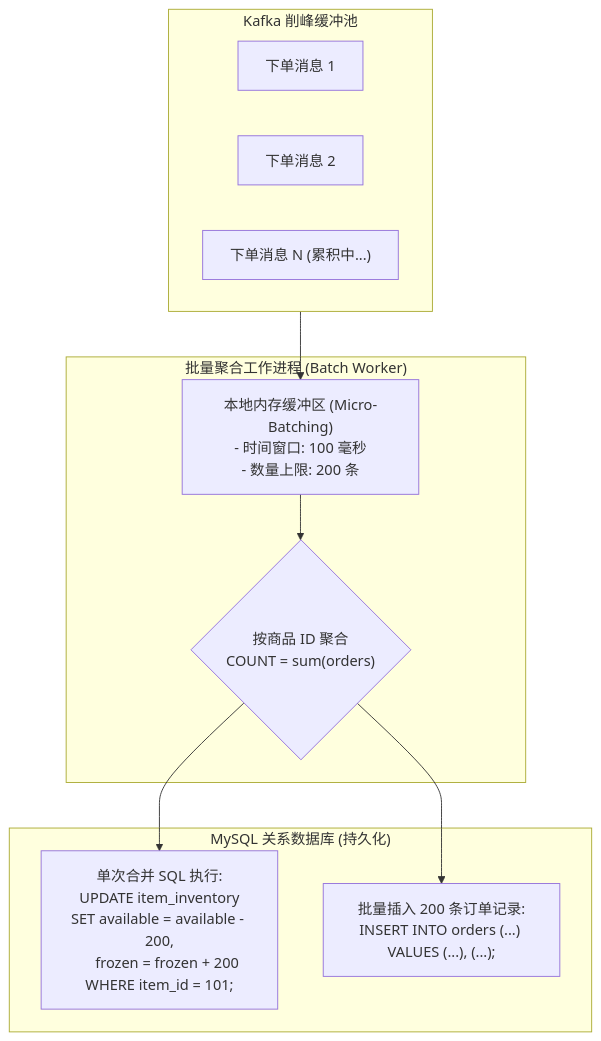
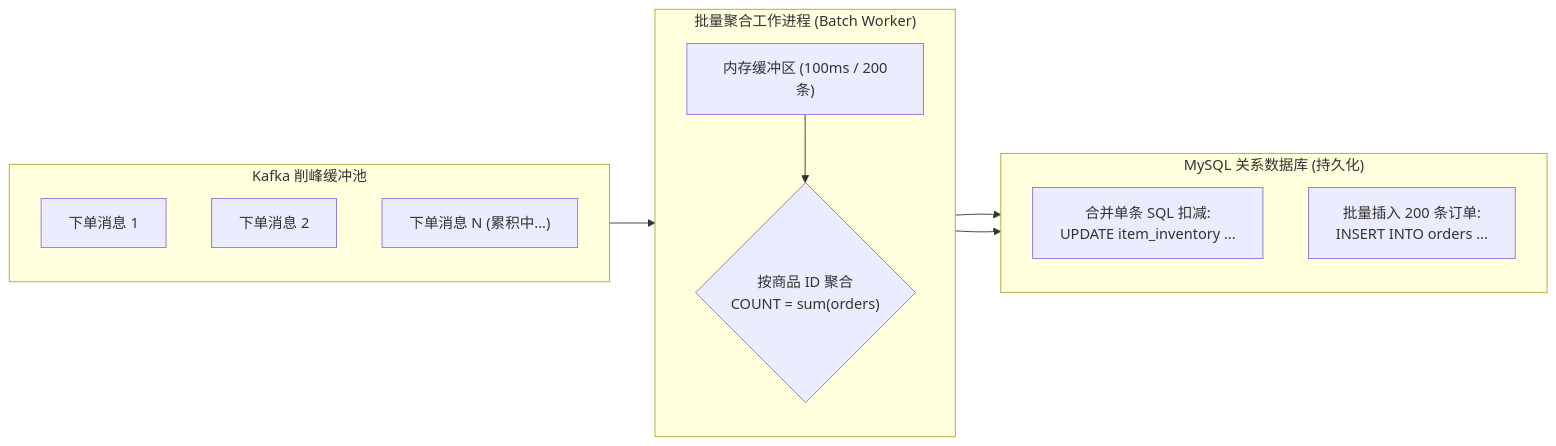
Before and after one commit to MoreConsequence/MoreConsequence.github.io: the fourth of 4 diagrams in content/posts/interview-deep-dives/interview-56-seckill-flash-sale-inventory-system-design.md, drawn with Mermaid. The commit also changed other lines of this file and 835 other files, not shown here.

First line of the commit message:
feat(blog): 全站33篇新增深度专栏与博文全量审核上线及矢量图表优化

````diff
--- a/content/posts/interview-deep-dives/interview-56-seckill-flash-sale-inventory-system-design.md
+++ b/content/posts/interview-deep-dives/interview-56-seckill-flash-sale-inventory-system-design.md
@@ -225,21 +228,26 @@
 ```mermaid
-flowchart TD
+flowchart LR
     subgraph KafkaQueue["Kafka 削峰缓冲池"]
+        direction TB
         Msg1["下单消息 1"]
         Msg2["下单消息 2"]
         MsgN["下单消息 N (累积中...)"]
     end
 
     subgraph BatchWorker["批量聚合工作进程 (Batch Worker)"]
-        Buffer["本地内存缓冲区 (Micro-Batching)\n- 时间窗口: 100 毫秒\n- 数量上限: 200 条"]
-        Aggregator{"按商品 ID 聚合\nCOUNT = sum(orders)"}
+        direction TB
+        Buffer["内存缓冲区 (100ms / 200条)"]
+        Aggregator{"按商品 ID 聚合<br/>COUNT = sum(orders)"}
+        Buffer --> Aggregator
     end
 
     subgraph MySQL["MySQL 关系数据库 (持久化)"]
-        BatchSQL["单次合并 SQL 执行:\nUPDATE item_inventory\nSET available = available - 200,\n    frozen = frozen + 200\nWHERE item_id = 101;"]
-        BatchInsert["批量插入 200 条订单记录:\nINSERT INTO orders (...) VALUES (...), (...);"]
+        direction TB
+        BatchSQL["合并单条 SQL 扣减:<br/>UPDATE item_inventory ..."]
+        BatchInsert["批量插入 200 条订单:<br/>INSERT INTO orders ..."]
     end
 
-    KafkaQueue --> Buffer --> Aggregator --> BatchSQL
+    KafkaQueue --> Buffer
+    Aggregator --> BatchSQL
     Aggregator --> BatchInsert
 ```
````
